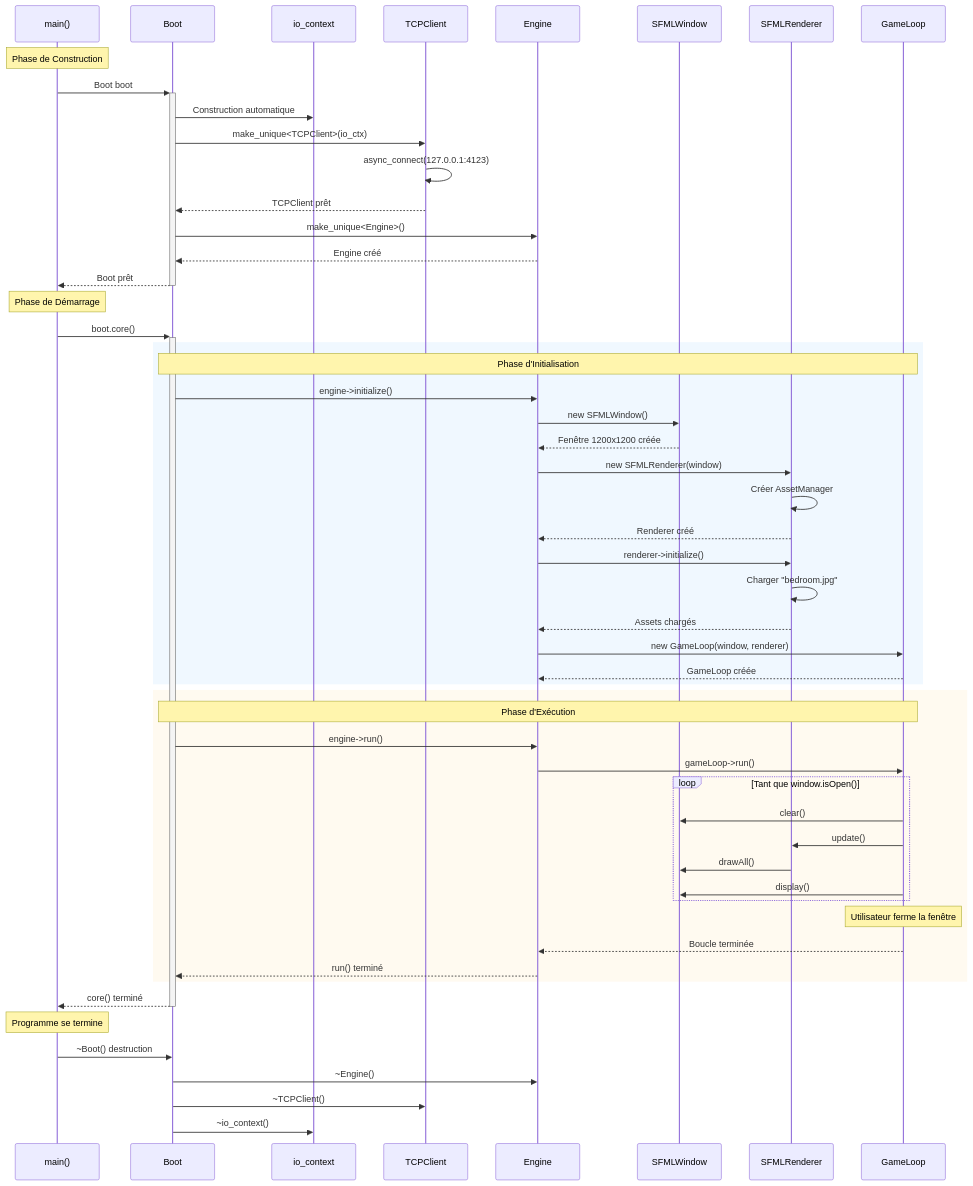
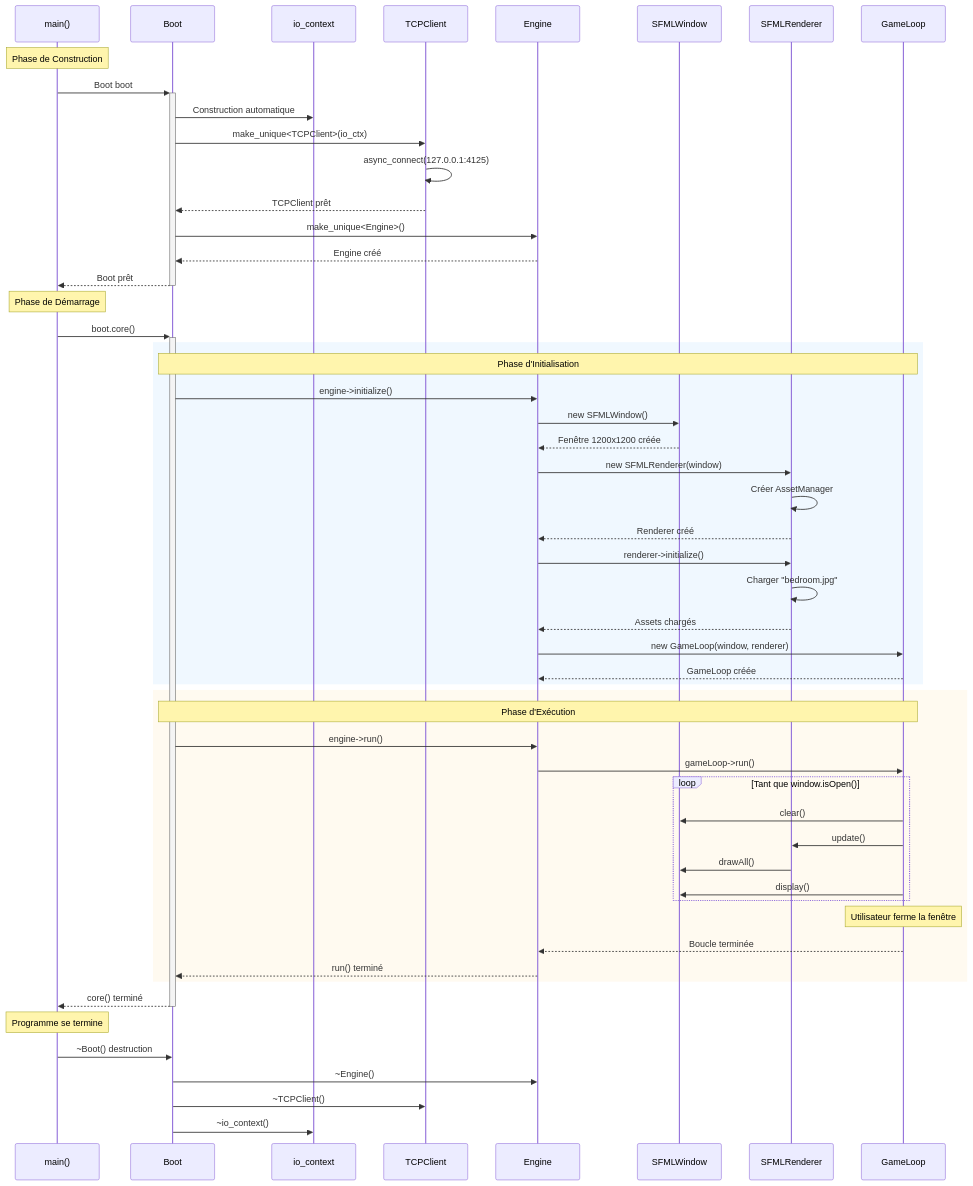
Before and after one commit to ChrisG-L/rtype: the sixth of 7 diagrams in docs/client/core/boot.md, drawn with Mermaid. The commit also changed other lines of this file and 38 other files, not shown here.

````diff
--- a/docs/client/core/boot.md
+++ b/docs/client/core/boot.md
@@ -337,73 +337,73 @@
 ```mermaid
 sequenceDiagram
     participant M as main()
     participant B as Boot
     participant IoCtx as io_context
     participant TCP as TCPClient
     participant E as Engine
     participant W as SFMLWindow
     participant R as SFMLRenderer
     participant GL as GameLoop
 
     Note over M: Phase de Construction
 
     M->>+B: Boot boot;
     B->>IoCtx: Construction automatique
     B->>TCP: make_unique<TCPClient>(io_ctx)
-    TCP->>TCP: async_connect(127.0.0.1:4123)
+    TCP->>TCP: async_connect(127.0.0.1:4125)
     TCP-->>B: TCPClient prêt
 
     B->>E: make_unique<Engine>()
     E-->>B: Engine créé
     B-->>-M: Boot prêt
 
     Note over M: Phase de Démarrage
 
     M->>+B: boot.core()
 
     rect rgb(240, 248, 255)
         Note over B,GL: Phase d'Initialisation
 
         B->>E: engine->initialize()
         E->>W: new SFMLWindow()
         W-->>E: Fenêtre 1200x1200 créée
 
         E->>R: new SFMLRenderer(window)
         R->>R: Créer AssetManager
         R-->>E: Renderer créé
 
         E->>R: renderer->initialize()
         R->>R: Charger "bedroom.jpg"
         R-->>E: Assets chargés
 
         E->>GL: new GameLoop(window, renderer)
         GL-->>E: GameLoop créée
     end
 
     rect rgb(255, 250, 240)
         Note over B,GL: Phase d'Exécution
 
         B->>E: engine->run()
         E->>GL: gameLoop->run()
 
         loop Tant que window.isOpen()
             GL->>W: clear()
             GL->>R: update()
             R->>W: drawAll()
             GL->>W: display()
         end
 
         Note over GL: Utilisateur ferme la fenêtre
 
         GL-->>E: Boucle terminée
         E-->>B: run() terminé
     end
 
     B-->>-M: core() terminé
 
     Note over M: Programme se termine
     M->>B: ~Boot() destruction
     B->>E: ~Engine()
     B->>TCP: ~TCPClient()
     B->>IoCtx: ~io_context()
 ```
````
